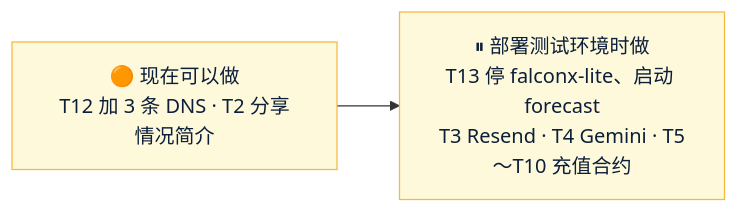
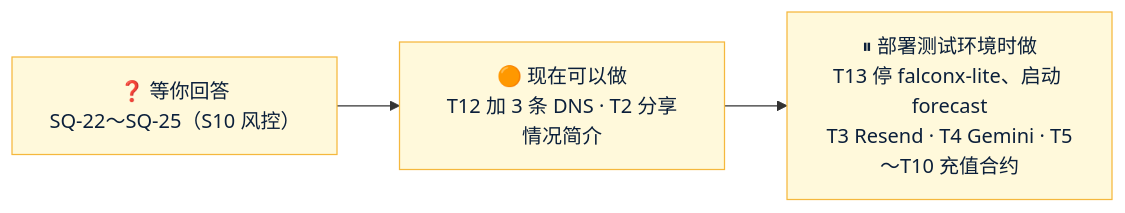
One commit to dollar3651314/forecast changed the diagram in Amos待办.md. Above: the diagram before and after it, drawn with Mermaid. The commit also changed other lines of this file and 94 other files, not shown here.

````diff
--- a/Amos待办.md
+++ b/Amos待办.md
@@ -10,6 +10,6 @@
 ```mermaid
 flowchart LR
-    T["🟠 现在可以做<br/>T12 加 3 条 DNS · T2 分享情况简介"] --> D["⏸ 部署测试环境时做<br/>T13 停 falconx-lite、启动 forecast<br/>T3 Resend · T4 Gemini · T5～T10 充值合约"]
+    Q["❓ 等你回答<br/>SQ-22～SQ-25（S10 风控）"] --> T["🟠 现在可以做<br/>T12 加 3 条 DNS · T2 分享情况简介"] --> D["⏸ 部署测试环境时做<br/>T13 停 falconx-lite、启动 forecast<br/>T3 Resend · T4 Gemini · T5～T10 充值合约"]
     classDef amos fill:#FFF9DB,stroke:#F5B83D,color:#0B1F3A
-    class T,D amos
+    class Q,T,D amos
 ```
````
